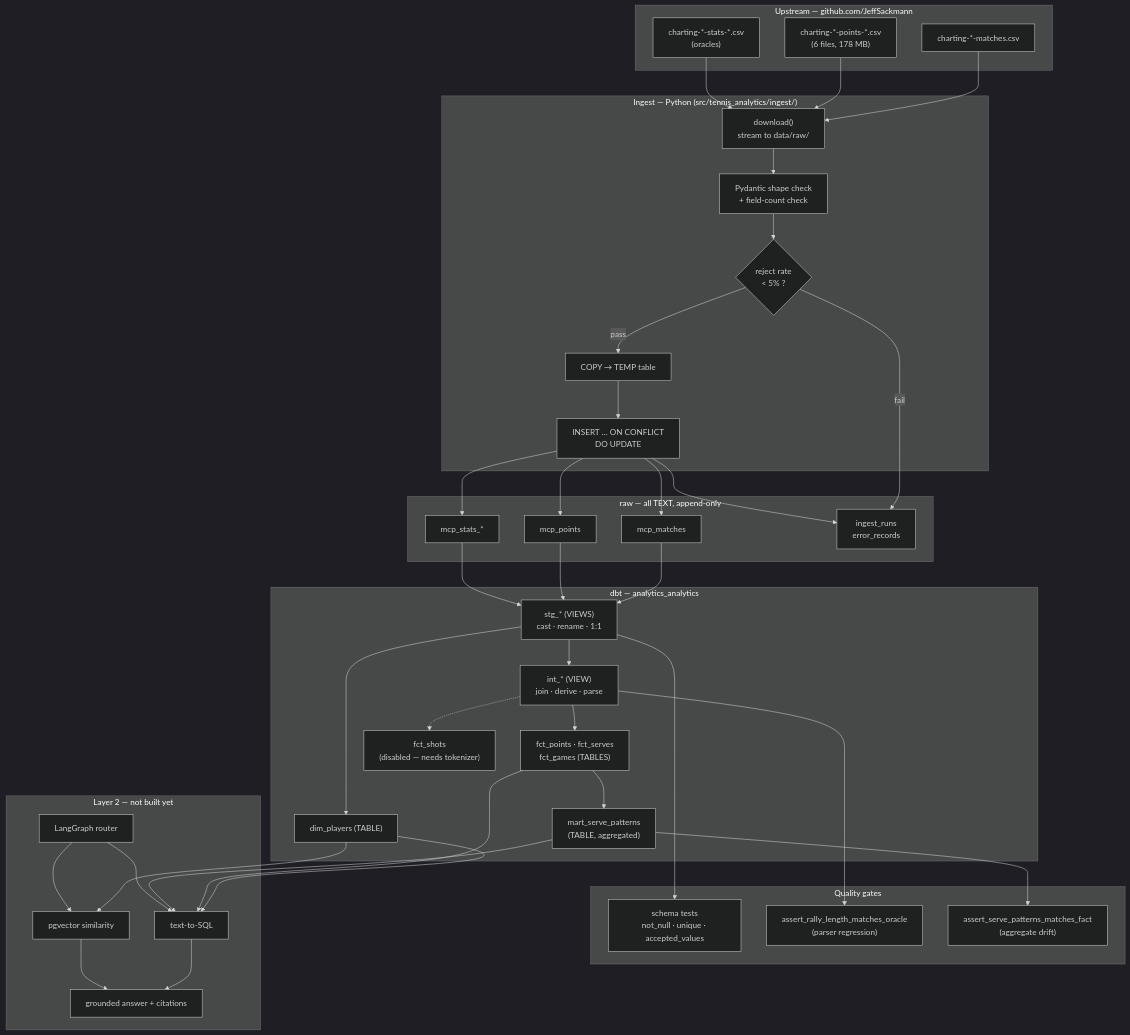
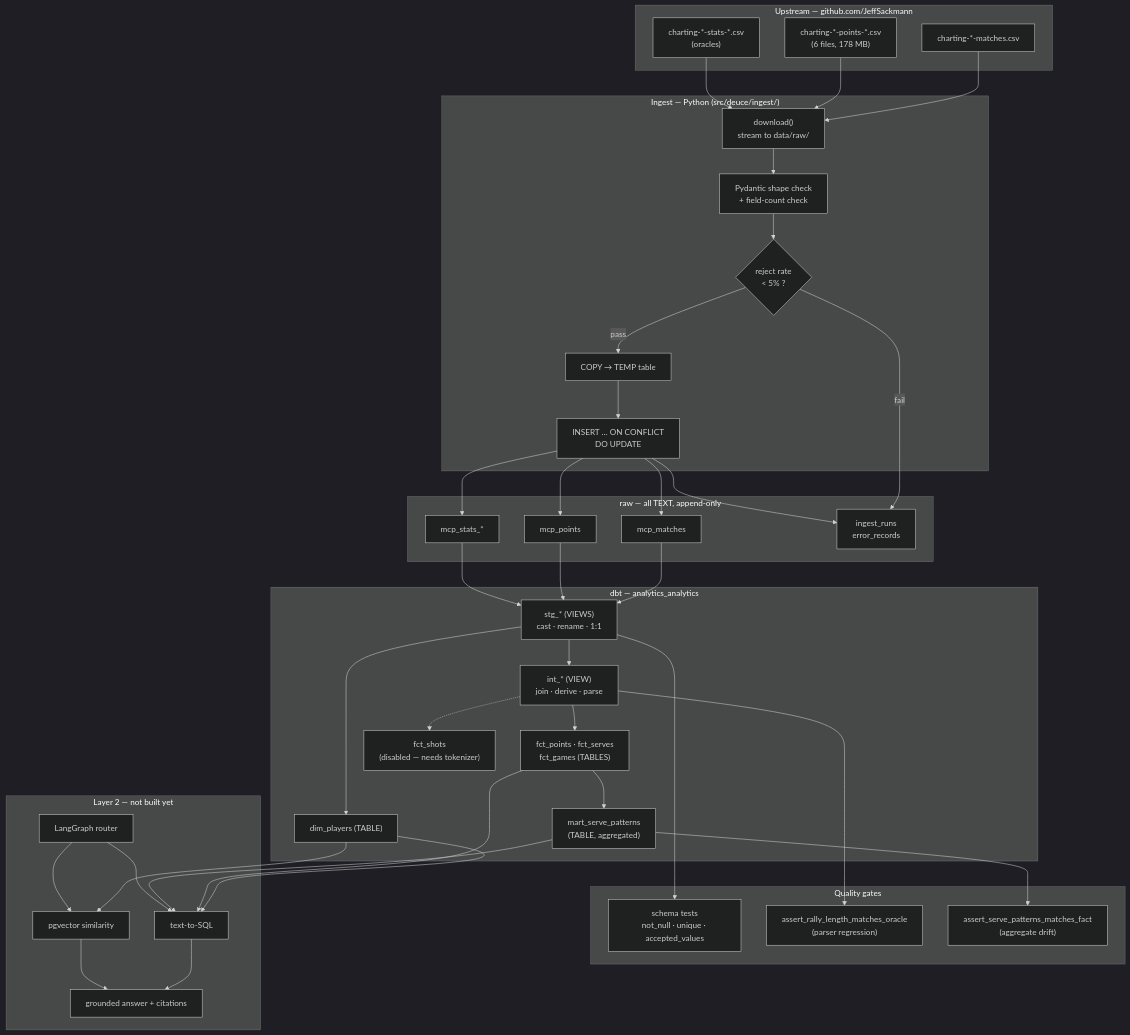
One commit to kylezehaoqin/deuce changed the first of 3 diagrams in docs/schema.md. Above: the diagram before and after it, drawn with Mermaid (dark theme). The commit also changed 32 other files, not shown here.

````diff
--- a/docs/schema.md
+++ b/docs/schema.md
@@ -44,64 +44,64 @@
 ```mermaid
 flowchart TB
   subgraph SRC["Upstream — github.com/JeffSackmann"]
     A1["charting-*-matches.csv"]
     A2["charting-*-points-*.csv<br/>(6 files, 178 MB)"]
     A3["charting-*-stats-*.csv<br/>(oracles)"]
   end
 
-  subgraph ING["Ingest — Python (src/tennis_analytics/ingest/)"]
+  subgraph ING["Ingest — Python (src/deuce/ingest/)"]
     B1["download()<br/>stream to data/raw/"]
     B2["Pydantic shape check<br/>+ field-count check"]
     B3{"reject rate<br/>&lt; 5% ?"}
     B4["COPY → TEMP table"]
     B5["INSERT … ON CONFLICT<br/>DO UPDATE"]
   end
 
   subgraph RAW["raw — all TEXT, append-only"]
     C1["mcp_matches"]
     C2["mcp_points"]
     C3["mcp_stats_*"]
     C4["ingest_runs<br/>error_records"]
   end
 
   subgraph DBT["dbt — analytics_analytics"]
     D1["stg_* (VIEWS)<br/>cast · rename · 1:1"]
     D2["int_* (VIEW)<br/>join · derive · parse"]
     D3["dim_players (TABLE)"]
     D4["fct_points · fct_serves<br/>fct_games (TABLES)"]
     D5["mart_serve_patterns<br/>(TABLE, aggregated)"]
     D6["fct_shots<br/>(disabled — needs tokenizer)"]
   end
 
   subgraph TEST["Quality gates"]
     E1["schema tests<br/>not_null · unique · accepted_values"]
     E2["assert_rally_length_matches_oracle<br/>(parser regression)"]
     E3["assert_serve_patterns_matches_fact<br/>(aggregate drift)"]
   end
 
   subgraph AGENT["Layer 2 — not built yet"]
     F1["LangGraph router"]
     F2["text-to-SQL"]
     F3["pgvector similarity"]
     F4["grounded answer + citations"]
   end
 
   A1 & A2 & A3 --> B1 --> B2 --> B3
   B3 -->|fail| C4
   B3 -->|pass| B4 --> B5 --> C1 & C2 & C3
   B5 --> C4
   C1 & C2 --> D1
   C3 --> D1
   D1 --> D2
   D1 --> D3
   D2 --> D4
   D4 --> D5
   D2 -.-> D6
   D1 --> E1
   D2 --> E2
   D5 --> E3
   D3 & D4 & D5 --> F2
   D3 --> F3
   F1 --> F2 & F3
   F2 & F3 --> F4
 ```
````
